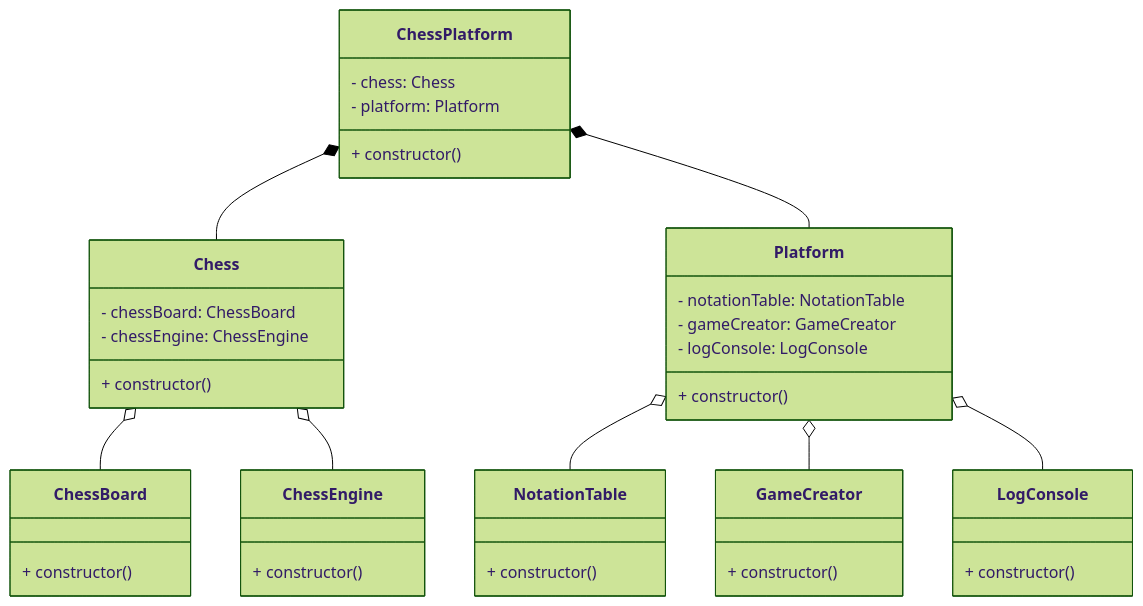
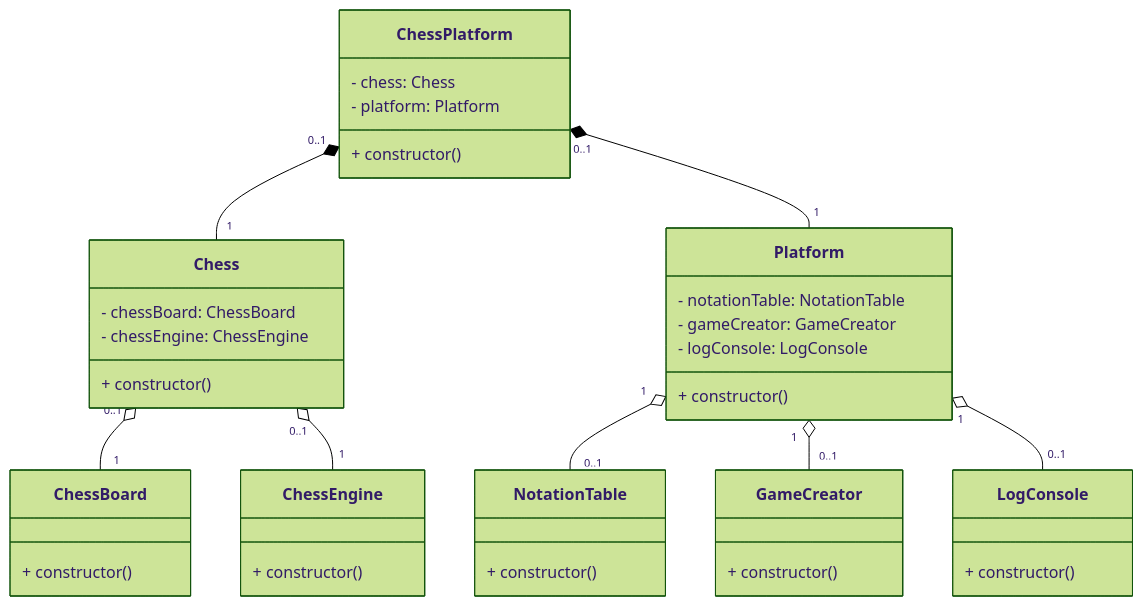
The diagram in README.md (SuperLogic-stack/chess-arena), drawn with Mermaid (forest theme) before and after one commit.

````diff
--- a/README.md
+++ b/README.md
@@ -80,43 +80,43 @@
 ```mermaid
 classDiagram
   class ChessPlatform {
     - chess: Chess
     - platform: Platform
     + constructor()
   }
   class Chess {
     - chessBoard: ChessBoard
     - chessEngine: ChessEngine
     + constructor()
   }
   class ChessEngine {
     + constructor()
   }
   class ChessBoard {
     + constructor()
   }
   class Platform {
     - notationTable: NotationTable
     - gameCreator: GameCreator
     - logConsole: LogConsole
     + constructor()
   }
   class NotationTable {
     + constructor()
   }
   class GameCreator {
     + constructor()
   }
   class LogConsole {
     + constructor()
   }
 
-  ChessPlatform *-- Chess
-  ChessPlatform *-- Platform
-  Chess o-- ChessBoard
-  Chess o-- ChessEngine
-  Platform o-- NotationTable
-  Platform o-- GameCreator
-  Platform o-- LogConsole
+  ChessPlatform "0..1" *-- "1" Chess
+  ChessPlatform "0..1" *-- "1" Platform
+  Chess "0..1" o-- "1" ChessBoard
+  Chess "0..1" o-- "1" ChessEngine
+  Platform "1" o-- "0..1" NotationTable
+  Platform "1" o-- "0..1" GameCreator
+  Platform "1" o-- "0..1" LogConsole
 
 ```
````
